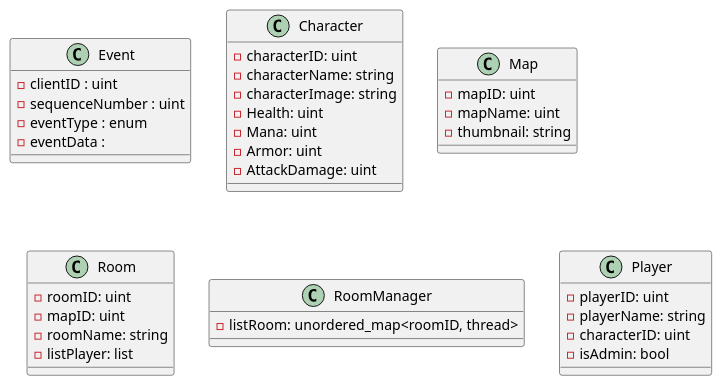
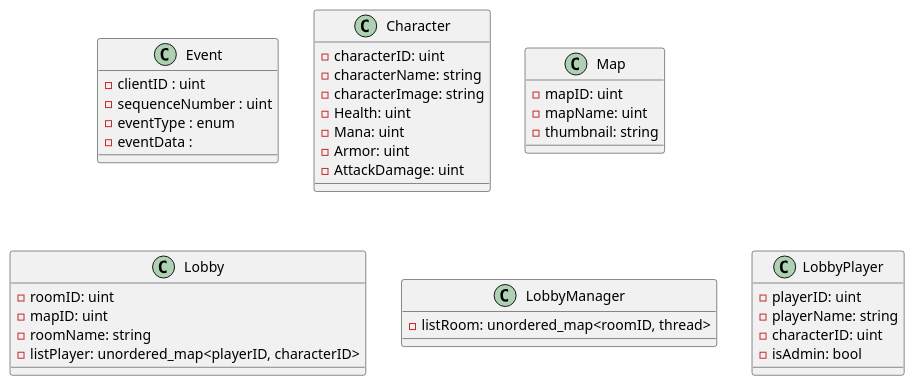
Before and after one commit to BaThong0/SpiritWarrior: the diagram in docs/ClassDiagram/LobbyClass.plantuml, drawn with PlantUML. The commit also changed 6 other files, not shown here.

Commit message:
Adding sequnce diagram of Lobby

```diff
--- a/docs/ClassDiagram/LobbyClass.plantuml
+++ b/docs/ClassDiagram/LobbyClass.plantuml
@@ -1,48 +1,48 @@
 @startuml
 
 class Event {
     - clientID : uint
     - sequenceNumber : uint
     - eventType : enum 
     - eventData : 
 }
 
 class Character
 {
     - characterID: uint
     - characterName: string
     - characterImage: string 
     - Health: uint 
     - Mana: uint
     - Armor: uint 
     - AttackDamage: uint
 }
 
 class Map
 {
     - mapID: uint
     - mapName: uint
     - thumbnail: string 
 }
-class Room
+class Lobby
 {
     - roomID: uint
     - mapID: uint
     - roomName: string
-    - listPlayer: list
+    - listPlayer: unordered_map<playerID, characterID>
 }
 
-class RoomManager
+class LobbyManager
 {
     - listRoom: unordered_map<roomID, thread>
 }
 
-class Player
+class LobbyPlayer
 {
     - playerID: uint
     - playerName: string
     - characterID: uint
     - isAdmin: bool
 }
 
 @enduml
```
